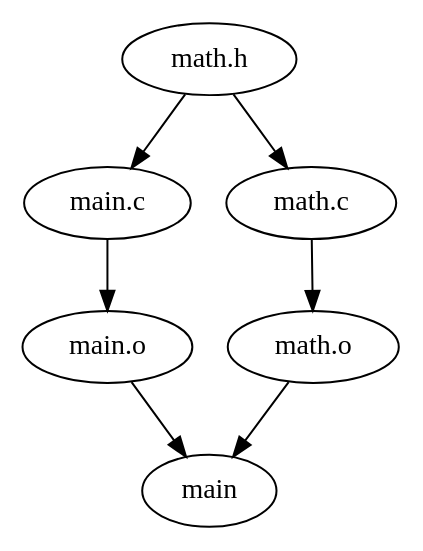
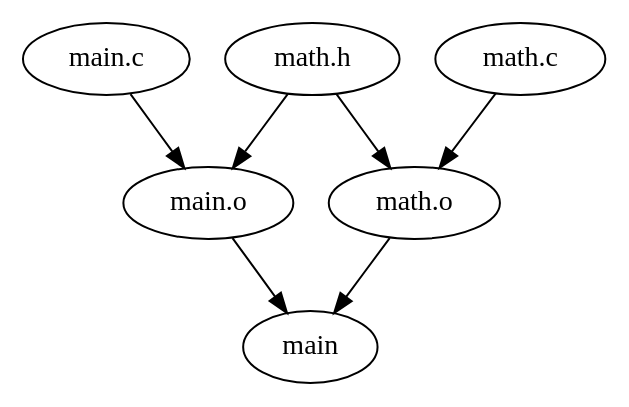
The diagram in Semaine3/make_tree1.dot (VLambret/INF203), drawn with Graphviz before and after one commit. The commit also changed 1 other file, not shown here.

Commit message:
[Semaine3] makefiles : fix graph

```diff
--- a/Semaine3/make_tree1.dot
+++ b/Semaine3/make_tree1.dot
@@ -1,17 +1,17 @@
 digraph g{
 	main_c -> main_o;
-	math_h -> math_c;
-	math_h -> main_c;
+	math_h -> math_o;
+	math_h -> main_o;
 	math_c -> math_o;
 	math_o -> main;
 	main_o -> main;
 
 	main_c [label="main.c"];
 	math_h [label="math.h"];
 	math_c [label="math.c"];
 	math_o [label="math.o"];
 	main_o [label="main.o"];
 
 	{rank=same; main_c; math_c}
 	{rank=same; main_o; math_o}
 }
```
